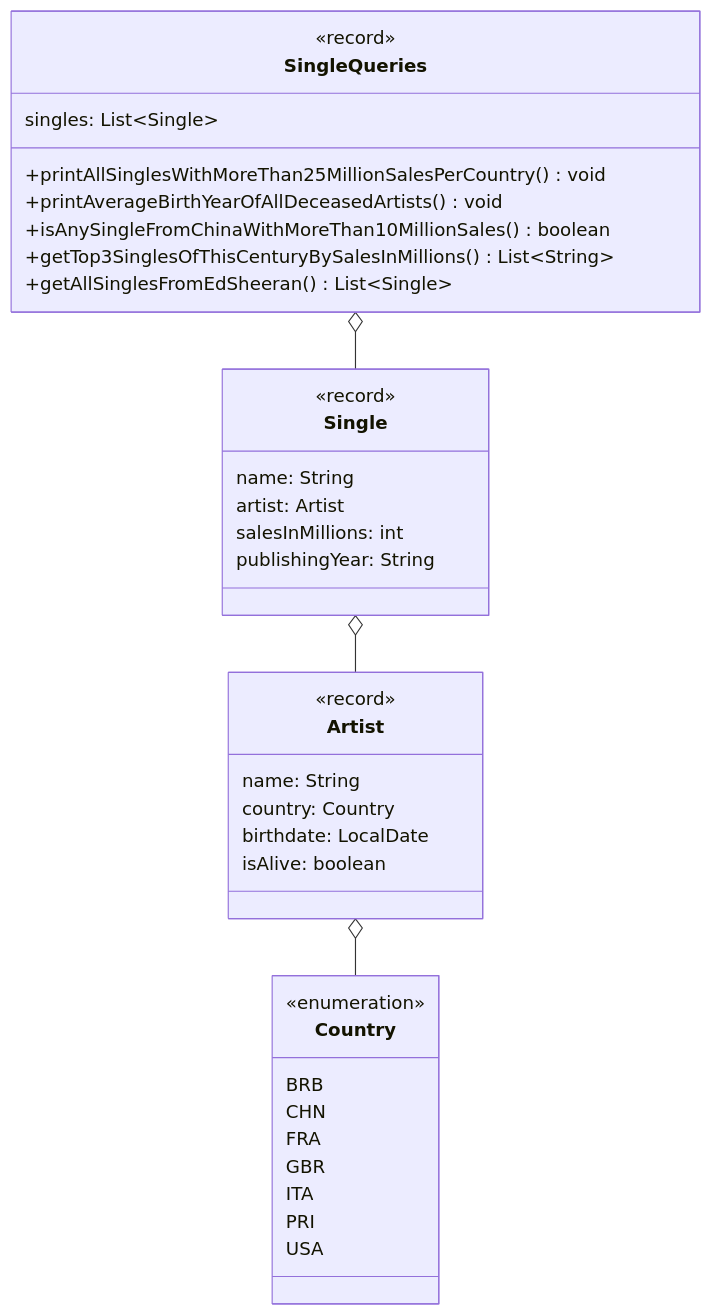
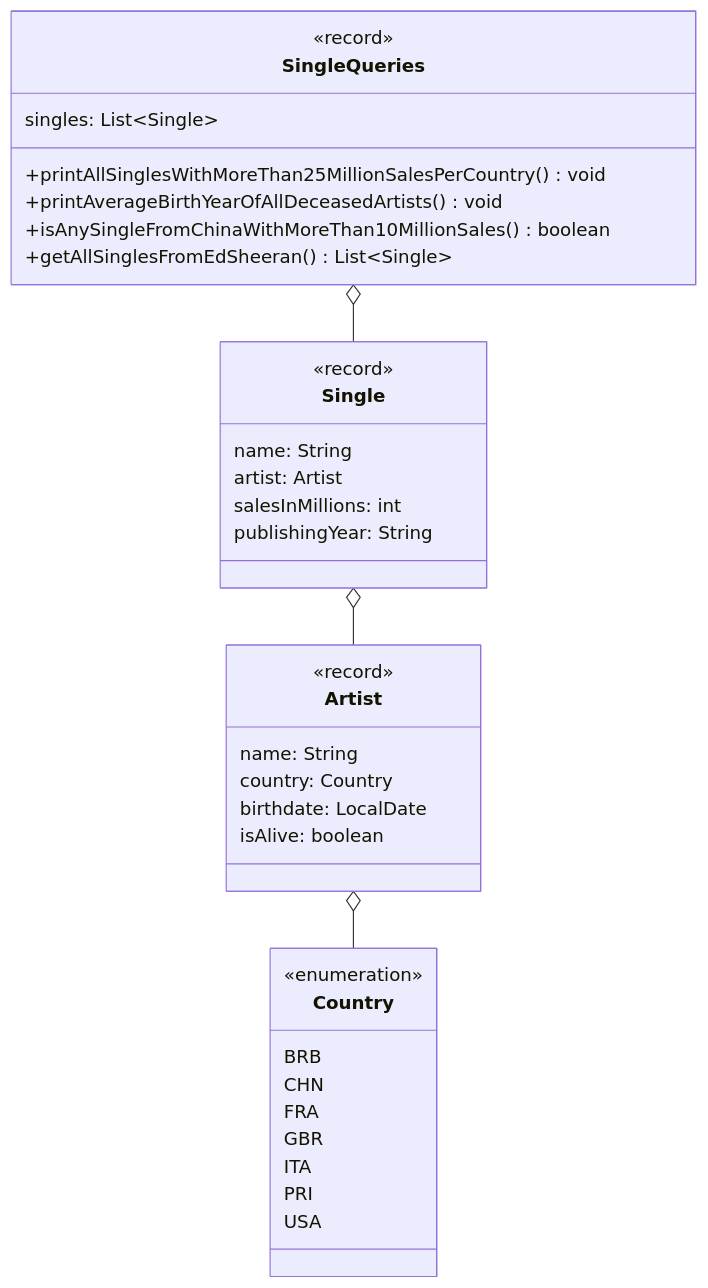
One commit to jappuccini/java-docs changed the third of 3 diagrams in docs/additional-material/daniel/java2/sample-exam.md. Above: the diagram before and after it, drawn with Mermaid. The commit also changed other lines of this file and 3 other files, not shown here.

````diff
--- a/docs/additional-material/daniel/java2/sample-exam.md
+++ b/docs/additional-material/daniel/java2/sample-exam.md
@@ -324,43 +260,42 @@
 ```mermaid
 classDiagram
     Single o-- Artist
     Artist o-- Country
     SingleQueries o-- Single
 
     class Single {
         <<record>>
         name: String
         artist: Artist
         salesInMillions: int
         publishingYear: String
     }
 
     class Artist {
         <<record>>
         name: String
         country: Country
         birthdate: LocalDate
         isAlive: boolean
     }
 
     class Country {
         <<enumeration>>
         BRB
         CHN
         FRA
         GBR
         ITA
         PRI
         USA
     }
 
     class SingleQueries {
         <<record>>
         singles: List~Single~
         +printAllSinglesWithMoreThan25MillionSalesPerCountry() void
         +printAverageBirthYearOfAllDeceasedArtists() void
         +isAnySingleFromChinaWithMoreThan10MillionSales() boolean
-        +getTop3SinglesOfThisCenturyBySalesInMillions() List~String~
         +getAllSinglesFromEdSheeran() List~Single~
     }
 ```
````
